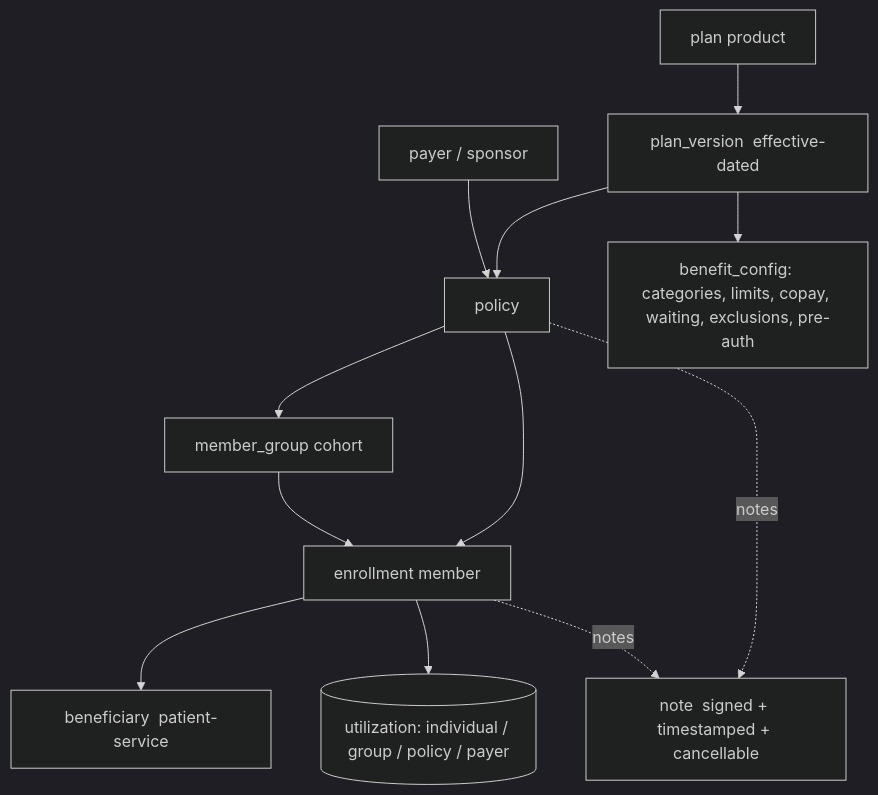
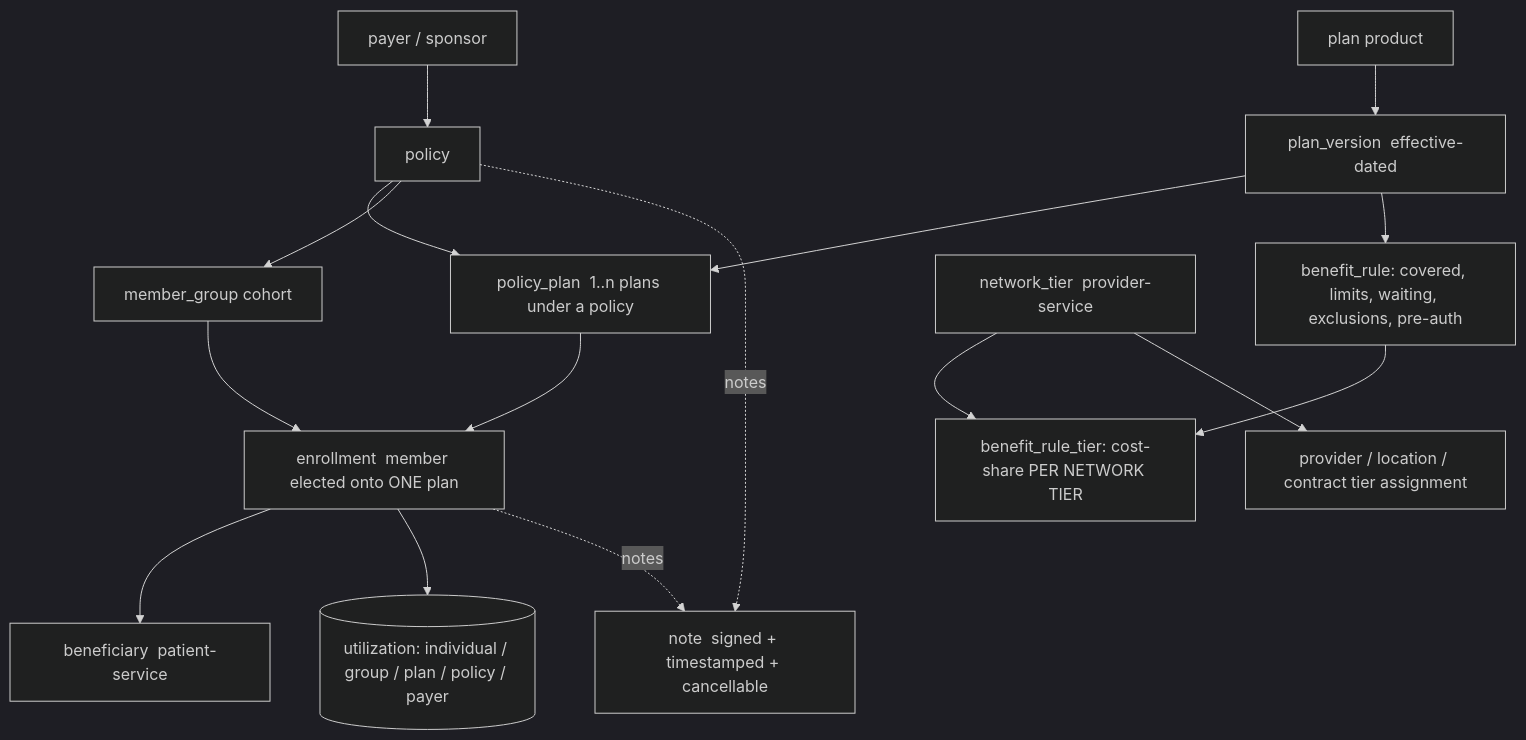
One commit to MohabFikry/HBMP changed the diagram in HBMP-Design/38-policy-member-administration.md. Above: the diagram before and after it, drawn with Mermaid (dark theme). The commit also changed other lines of this file and 33 other files, not shown here.

````diff
--- a/HBMP-Design/38-policy-member-administration.md
+++ b/HBMP-Design/38-policy-member-administration.md
@@ -41,14 +41,18 @@
 ```mermaid
 flowchart TD
   PAYER[payer / sponsor] --> POL[policy]
   PLAN[plan  product] --> PV[plan_version  effective-dated]
-  PV --> POL
+  POL --> PP[policy_plan  1..n plans under a policy]
+  PV --> PP
   POL --> GRP[member_group  cohort]
-  POL --> ENR[enrollment  member]
+  PP --> ENR[enrollment  member elected onto ONE plan]
   GRP --> ENR
   ENR --> BEN[beneficiary  patient-service]
-  PV --> BC[benefit_config: categories, limits, copay, waiting, exclusions, pre-auth]
-  ENR --> UTIL[(utilization: individual / group / policy / payer)]
+  PV --> BR[benefit_rule: covered, limits, waiting, exclusions, pre-auth]
+  BR --> BRT[benefit_rule_tier: cost-share PER NETWORK TIER]
+  NT[network_tier  provider-service] --> BRT
+  NT --> PNT[provider / location / contract tier assignment]
+  ENR --> UTIL[(utilization: individual / group / plan / policy / payer)]
   POL -.notes.-> NOTE[note  signed + timestamped + cancellable]
   ENR -.notes.-> NOTE
 ```
````
